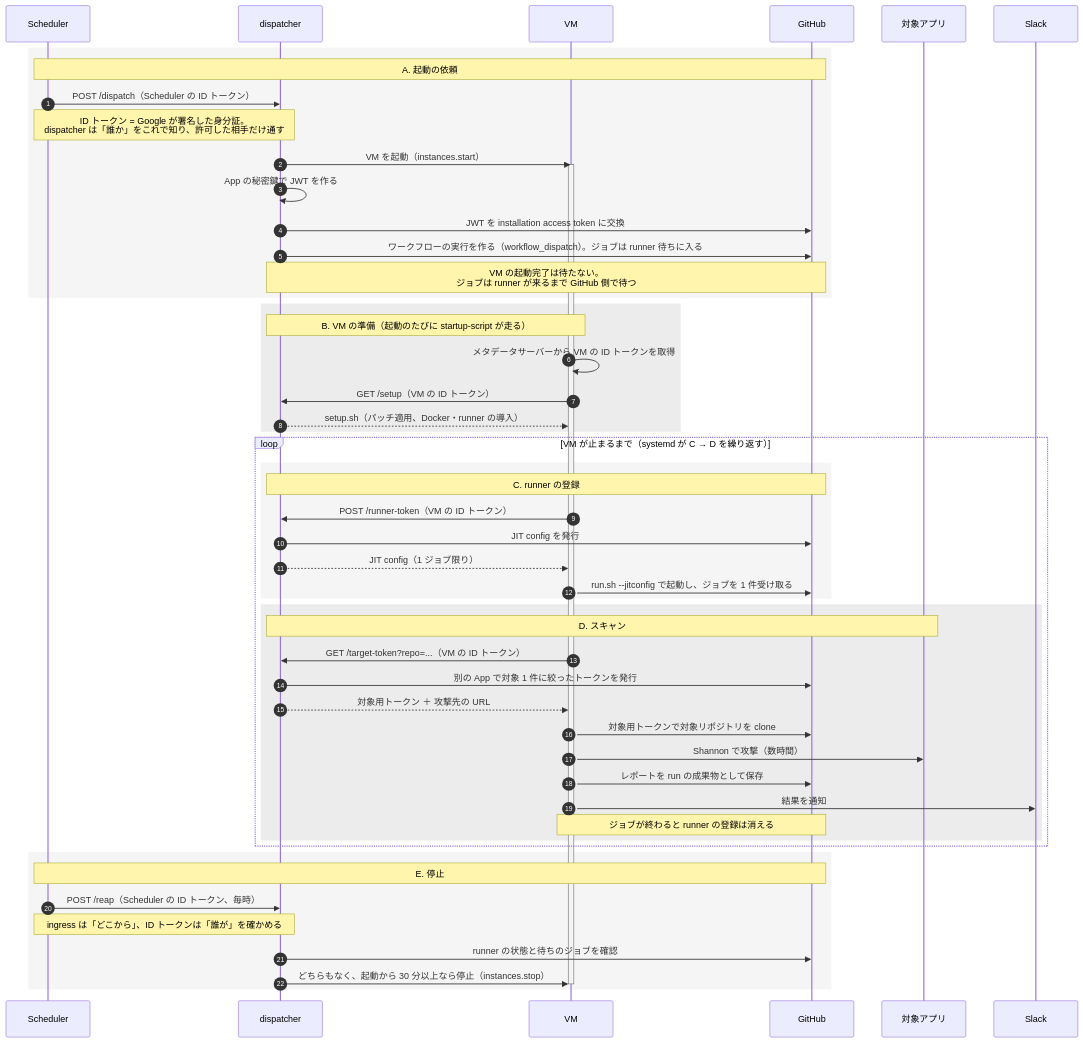
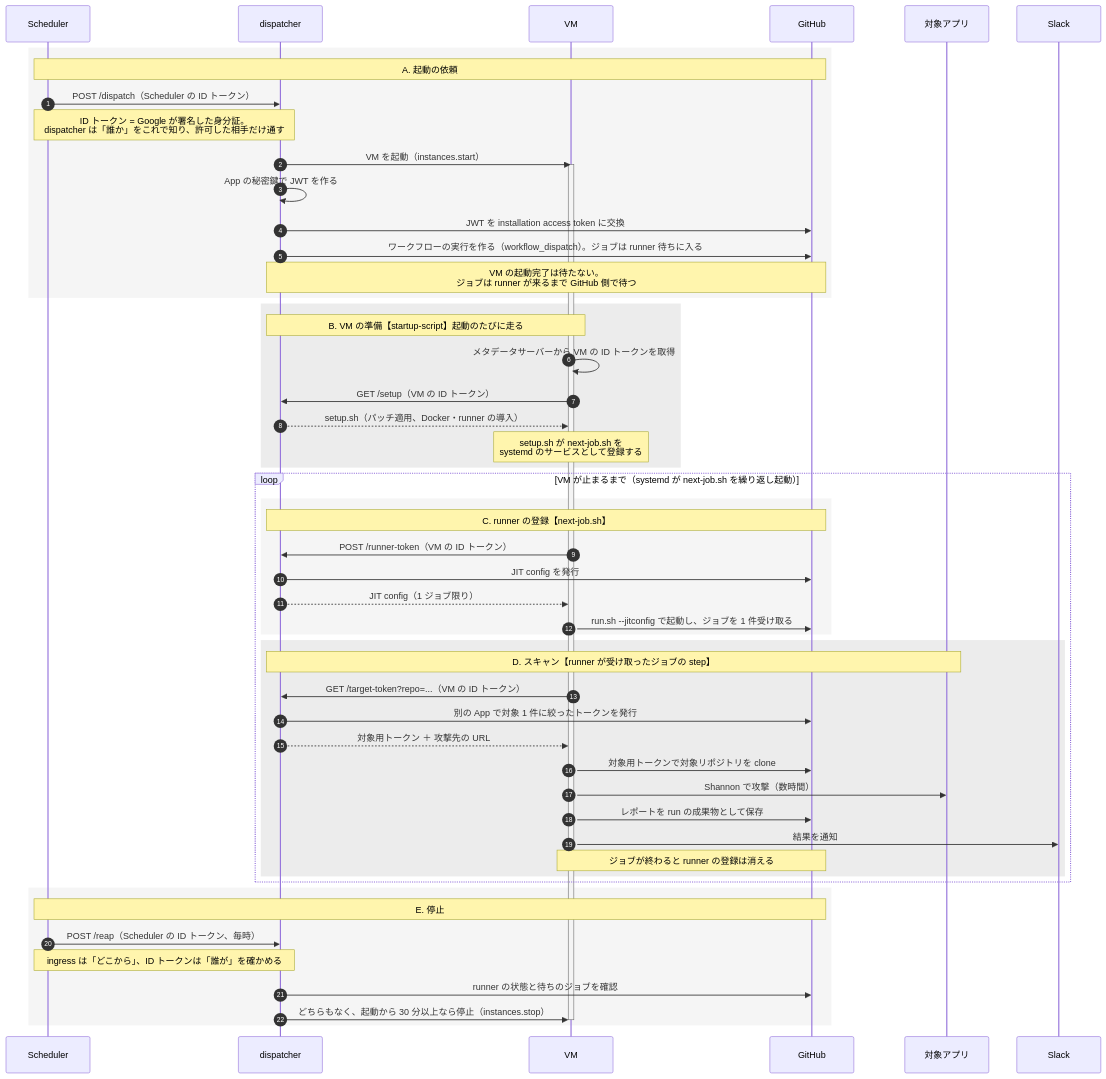
One commit to newbee1939/h6o changed the first of 2 diagrams in posts/shannon-runner.ja.md. Above: the diagram before and after it, drawn with Mermaid. The commit also changed other lines of this file and 1 other file, not shown here.

````diff
--- a/posts/shannon-runner.ja.md
+++ b/posts/shannon-runner.ja.md
@@ -95,60 +95,61 @@
 ```mermaid
 sequenceDiagram
   autonumber
   participant S as Scheduler
   participant D as dispatcher
   participant V as VM
   participant G as GitHub
   participant T as 対象アプリ
   participant SL as Slack
 
   rect rgba(128, 128, 128, 0.08)
     Note over S,G: A. 起動の依頼
     S->>D: POST /dispatch（Scheduler の ID トークン）
     Note over S,D: ID トークン = Google が署名した身分証。<br>dispatcher は「誰か」をこれで知り、許可した相手だけ通す
     D->>V: VM を起動（instances.start）
     activate V
     D->>D: App の秘密鍵で JWT を作る
     D->>G: JWT を installation access token に交換
     D->>G: ワークフローの実行を作る（workflow_dispatch）。ジョブは runner 待ちに入る
     Note over D,G: VM の起動完了は待たない。<br>ジョブは runner が来るまで GitHub 側で待つ
   end
 
   rect rgba(128, 128, 128, 0.15)
-    Note over D,V: B. VM の準備（起動のたびに startup-script が走る）
+    Note over D,V: B. VM の準備【startup-script】起動のたびに走る
     V->>V: メタデータサーバーから VM の ID トークンを取得
     V->>D: GET /setup（VM の ID トークン）
     D-->>V: setup.sh（パッチ適用、Docker・runner の導入）
+    Note over V: setup.sh が next-job.sh を<br>systemd のサービスとして登録する
   end
 
-  loop VM が止まるまで（systemd が C → D を繰り返す）
+  loop VM が止まるまで（systemd が next-job.sh を繰り返し起動）
     rect rgba(128, 128, 128, 0.08)
-      Note over D,G: C. runner の登録
+      Note over D,G: C. runner の登録【next-job.sh】
       V->>D: POST /runner-token（VM の ID トークン）
       D->>G: JIT config を発行
       D-->>V: JIT config（1 ジョブ限り）
       V->>G: run.sh --jitconfig で起動し、ジョブを 1 件受け取る
     end
 
     rect rgba(128, 128, 128, 0.15)
-      Note over D,T: D. スキャン
+      Note over D,T: D. スキャン【runner が受け取ったジョブの step】
       V->>D: GET /target-token?repo=...（VM の ID トークン）
       D->>G: 別の App で対象 1 件に絞ったトークンを発行
       D-->>V: 対象用トークン ＋ 攻撃先の URL
       V->>G: 対象用トークンで対象リポジトリを clone
       V->>T: Shannon で攻撃（数時間）
       V->>G: レポートを run の成果物として保存
       V->>SL: 結果を通知
       Note over V,G: ジョブが終わると runner の登録は消える
     end
   end
 
   rect rgba(128, 128, 128, 0.08)
     Note over S,G: E. 停止
     S->>D: POST /reap（Scheduler の ID トークン、毎時）
     Note over S,D: ingress は「どこから」、ID トークンは「誰が」を確かめる
     D->>G: runner の状態と待ちのジョブを確認
     D->>V: どちらもなく、起動から 30 分以上なら停止（instances.stop）
     deactivate V
   end
 ```
````
